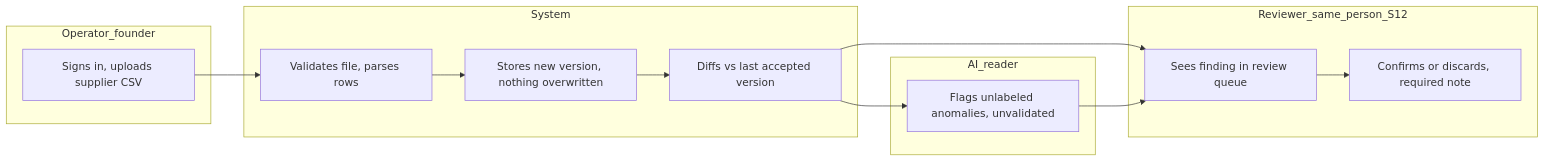
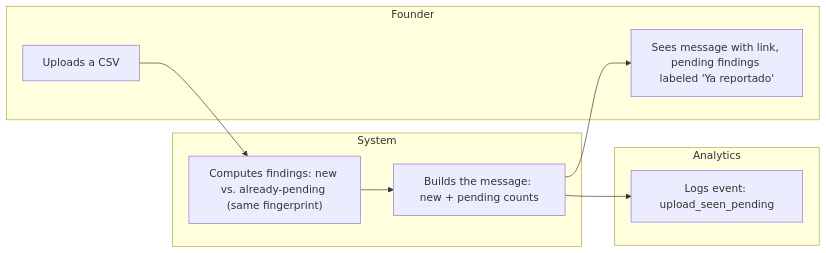
One commit to gonzalopatlanbuilds-crypto/crystal-ball changed the second of 2 diagrams in w12-validator/docs/PACKET.md. Above: the diagram before and after it, drawn with Mermaid. The commit also changed other lines of this file and 4 other files, not shown here.

````diff
--- a/w12-validator/docs/PACKET.md
+++ b/w12-validator/docs/PACKET.md
@@ -60,22 +53,16 @@
 ```mermaid
 flowchart LR
-  subgraph Operator_founder
-    O1["Signs in, uploads supplier CSV"]
+  subgraph Founder
+    F1["Uploads a CSV"]
+    F2["Sees message with link, pending findings labeled 'Ya reportado'"]
   end
   subgraph System
-    S1["Validates file, parses rows"]
-    S2["Stores new version, nothing overwritten"]
-    S3["Diffs vs last accepted version"]
+    S1["Computes findings: new vs. already-pending (same fingerprint)"]
+    S2["Builds the message: new + pending counts"]
   end
-  subgraph AI_reader
-    A1["Flags unlabeled anomalies, unvalidated"]
+  subgraph Analytics
+    A1["Logs event: upload_seen_pending"]
   end
-  subgraph Reviewer_same_person_S12
-    R1["Sees finding in review queue"]
-    R2["Confirms or discards, required note"]
-  end
-  O1 --> S1 --> S2 --> S3 --> A1
-  S3 --> R1
-  A1 --> R1
-  R1 --> R2
+  F1 --> S1 --> S2 --> F2
+  S2 --> A1
 ```
````
